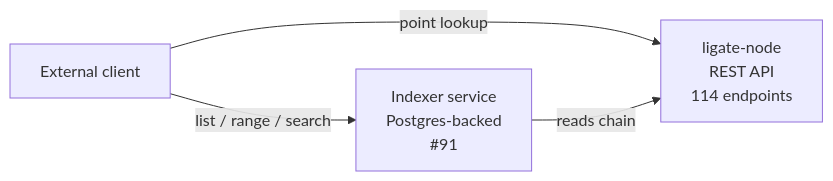
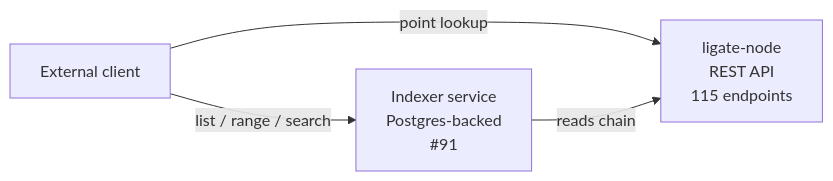
The diagram in docs/protocol/rest-api.md (ligate-io/ligate-chain), drawn with Mermaid before and after one commit. The commit also changed other lines of this file and 13 other files, not shown here.

````diff
--- a/docs/protocol/rest-api.md
+++ b/docs/protocol/rest-api.md
@@ -34,10 +34,10 @@
 ```mermaid
 graph LR
     Client[External client]
-    Node[ligate-node<br/>REST API<br/>114 endpoints]
+    Node[ligate-node<br/>REST API<br/>115 endpoints]
     Indexer[Indexer service<br/>Postgres-backed<br/>#91]
 
     Client -->|point lookup| Node
     Client -->|list / range / search| Indexer
     Indexer -->|reads chain| Node
 ```
````
